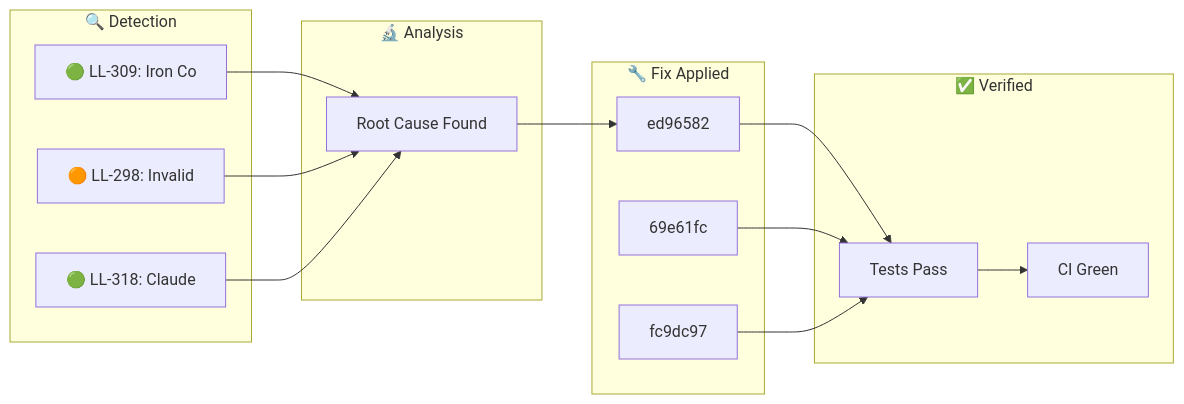
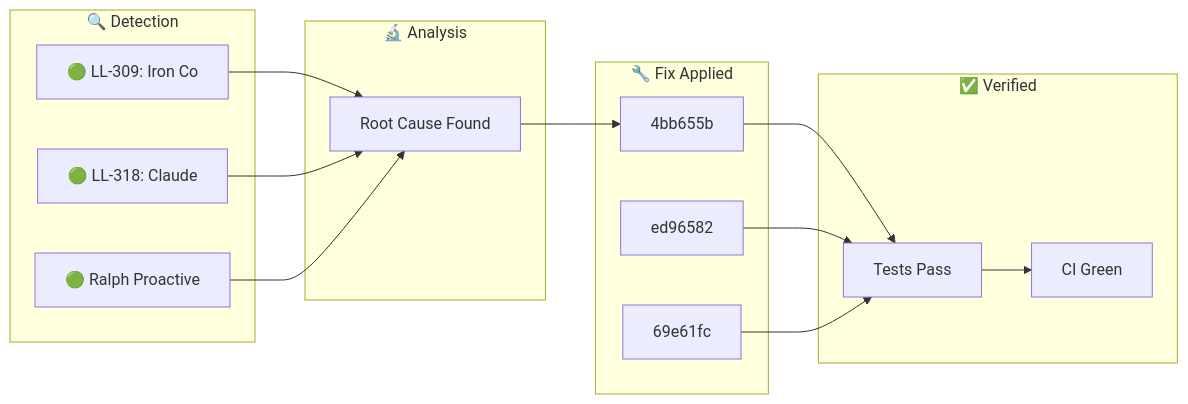
Before and after one commit to YoByron/trading: the diagram in docs/_posts/2026-01-28-ralph-discovery.md, drawn with Mermaid. The commit also changed other lines of this file, not shown here.

Commit message:
docs(ralph): Auto-publish discovery blog post

````diff
--- a/docs/_posts/2026-01-28-ralph-discovery.md
+++ b/docs/_posts/2026-01-28-ralph-discovery.md
@@ -17,28 +17,28 @@
 ```mermaid
 flowchart LR
     subgraph Detection["🔍 Detection"]
         D1["🟢 LL-309: Iron Co"]
-        D2["🟠 LL-298: Invalid"]
-        D3["🟢 LL-318: Claude "]
+        D2["🟢 LL-318: Claude "]
+        D3["🟢 Ralph Proactive"]
     end
     subgraph Analysis["🔬 Analysis"]
         A1["Root Cause Found"]
     end
     subgraph Fix["🔧 Fix Applied"]
-        F1["ed96582"]
-        F2["69e61fc"]
-        F3["fc9dc97"]
+        F1["4bb655b"]
+        F2["ed96582"]
+        F3["69e61fc"]
     end
     subgraph Verify["✅ Verified"]
         V1["Tests Pass"]
         V2["CI Green"]
     end
     D1 --> A1
     D2 --> A1
     D3 --> A1
     A1 --> F1
     F1 --> V1
     F2 --> V1
     F3 --> V1
     V1 --> V2
 ```
````
